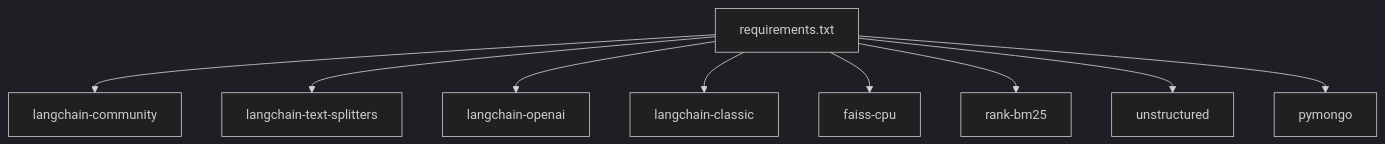
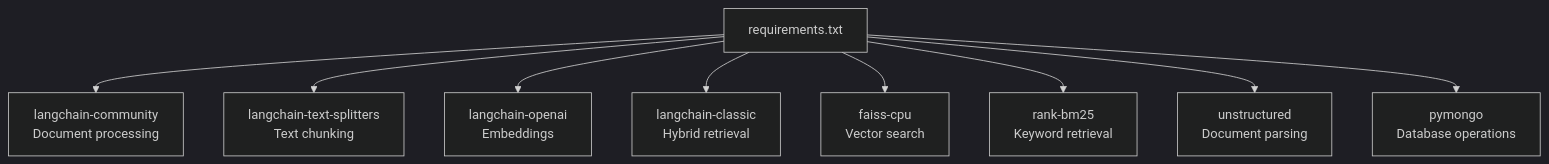
Before and after one commit to Sovetsky-Soyuz/AI-Assistant: the seventh of 7 diagrams in .qoder/repowiki/en/content/Features and Capabilities/Knowledge Management and RAG.md, drawn with Mermaid (dark theme). The commit also changed other lines of this file and 14 other files, not shown here.

````diff
--- a/.qoder/repowiki/en/content/Features and Capabilities/Knowledge Management and RAG.md
+++ b/.qoder/repowiki/en/content/Features and Capabilities/Knowledge Management and RAG.md
@@ -351,20 +406,20 @@
 ```mermaid
 graph TB
 REQ["requirements.txt"]
-LC["langchain-community"]
-LTX["langchain-text-splitters"]
-LOA["langchain-openai"]
-LCL["langchain-classic"]
-FAISS["faiss-cpu"]
-RBM25["rank-bm25"]
-UNSTR["unstructured"]
-PYMONGO["pymongo"]
+LC["langchain-community<br/>Document processing"]
+LTX["langchain-text-splitters<br/>Text chunking"]
+LOA["langchain-openai<br/>Embeddings"]
+LCL["langchain-classic<br/>Hybrid retrieval"]
+FAISS["faiss-cpu<br/>Vector search"]
+RBM25["rank-bm25<br/>Keyword retrieval"]
+UNSTR["unstructured<br/>Document parsing"]
+PYMONGO["pymongo<br/>Database operations"]
 REQ --> LC
 REQ --> LTX
 REQ --> LOA
 REQ --> LCL
 REQ --> FAISS
 REQ --> RBM25
 REQ --> UNSTR
 REQ --> PYMONGO
 ```
````
